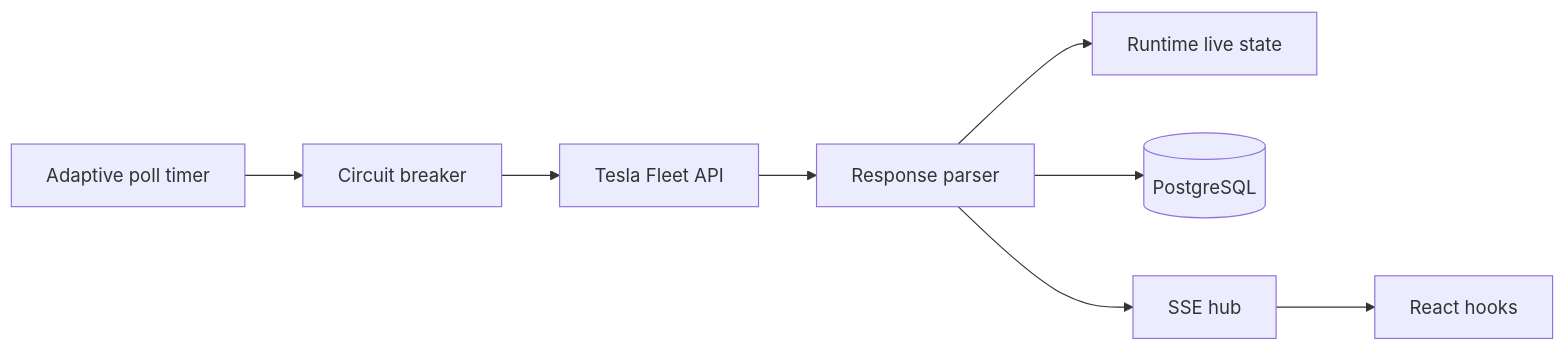
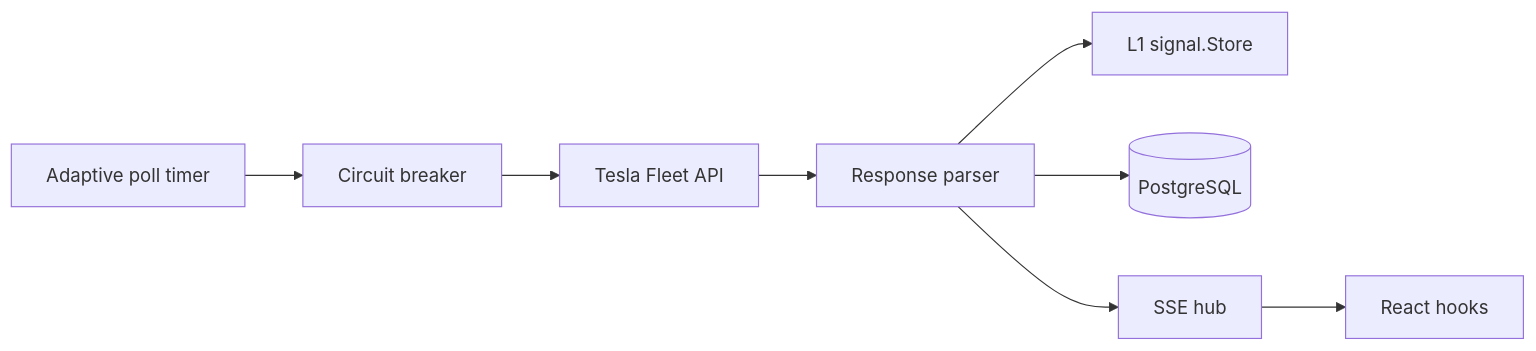
The third of 8 diagrams in docs/guide/diagrams.md (ev-dev-labs/teslasync), drawn with Mermaid before and after one commit. The commit also changed other lines of this file and 35 other files, not shown here.

````diff
--- a/docs/guide/diagrams.md
+++ b/docs/guide/diagrams.md
@@ -49,10 +53,10 @@
 ```mermaid
 graph LR
     Timer[Adaptive poll timer] --> Breaker[Circuit breaker]
     Breaker --> Tesla[Tesla Fleet API]
     Tesla --> Parser[Response parser]
-    Parser --> State[Runtime live state]
+    Parser --> L1[L1 signal.Store]
     Parser --> DB[(PostgreSQL)]
     Parser --> SSE[SSE hub]
     SSE --> UI[React hooks]
 ```
````
